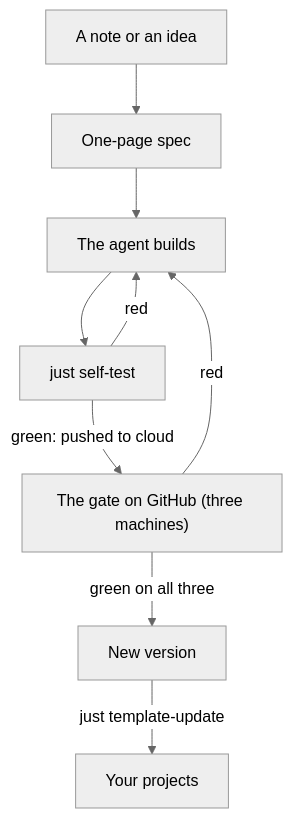
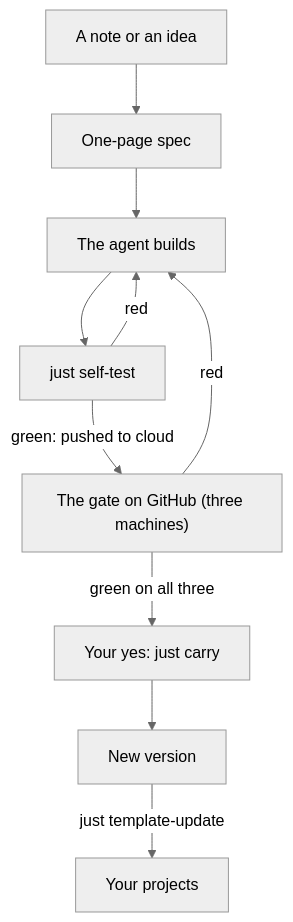
One commit to yerlytech/ai-backbone changed the second of 2 diagrams in docs/how-it-works.md. Above: the diagram before and after it, drawn with Mermaid (neutral theme). The commit also changed other lines of this file and 4 other files, not shown here.

````diff
--- a/docs/how-it-works.md
+++ b/docs/how-it-works.md
@@ -86,19 +86,20 @@
 ```mermaid
 flowchart TD
     idea["A note or an idea"]
     spec["One-page spec"]
     build["The agent builds"]
     test["just self-test"]
     gate["The gate on GitHub (three machines)"]
     ver["New version"]
     projs["Your projects"]
 
     idea --> spec
     spec --> build
     build --> test
     test -->|"red"| build
     test -->|"green: pushed to cloud"| gate
     gate -->|"red"| build
-    gate -->|"green on all three"| ver
+    gate -->|"green on all three"| yes
+    yes["Your yes: just carry"] --> ver
     ver -->|"just template-update"| projs
 ```
````
